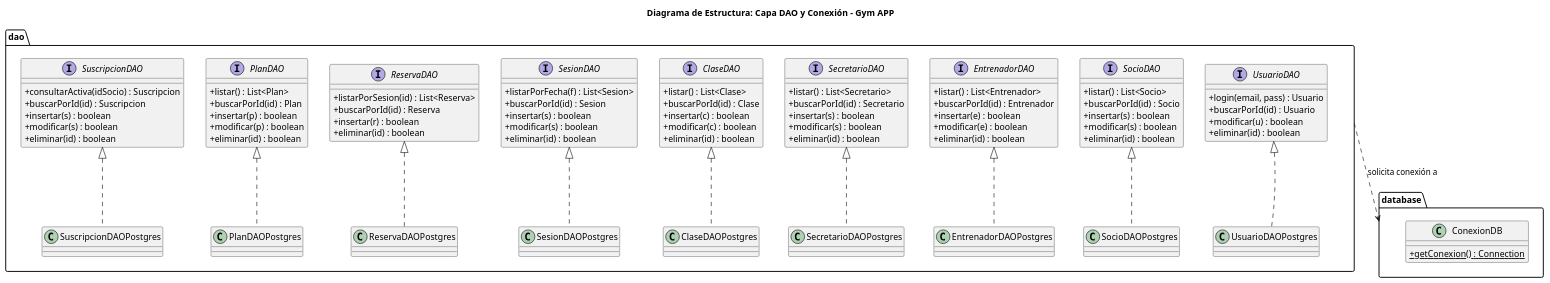
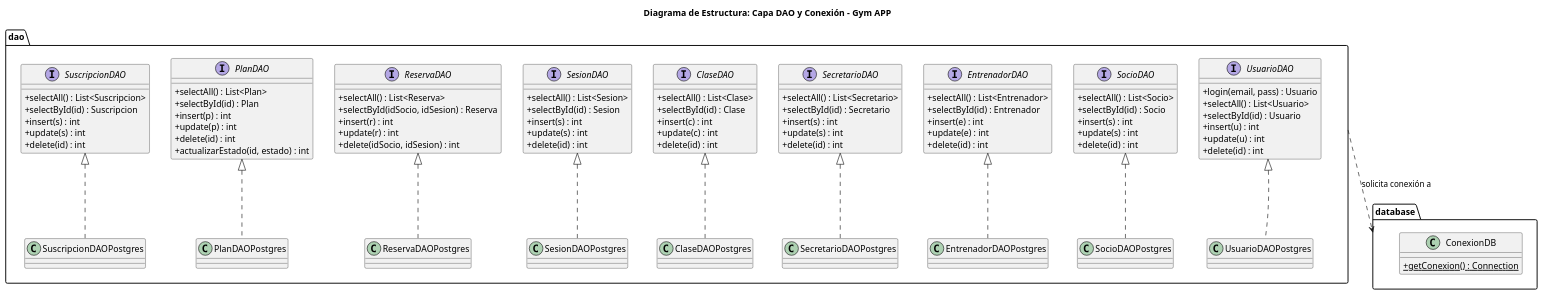
Before and after one commit to FerminGarridoMartinDAM/ProyectoInterModular1DAMAppGimnasio: the diagram in docs/diagramasUML/DiagramaClases/Diagrama_Clases_UML_DAO.puml, drawn with PlantUML. The commit also changed 5 other files, not shown here.

Commit message:
doc(UML): Diagramas de clases actualizados para Version 1.0

```diff
--- a/docs/diagramasUML/DiagramaClases/Diagrama_Clases_UML_DAO.puml
+++ b/docs/diagramasUML/DiagramaClases/Diagrama_Clases_UML_DAO.puml
@@ -1,111 +1,112 @@
 @startuml
 title Diagrama de Estructura: Capa DAO y Conexión - Gym APP
 
 skinparam classAttributeIconSize 0
-
 
 ' PAQUETE DAO (Interfaces arriba, Clases abajo)
 package "dao" {
     
     ' Bloque de Interfaces
     interface UsuarioDAO {
         + login(email, pass) : Usuario
-        + buscarPorId(id) : Usuario
-        + modificar(u) : boolean
-        + eliminar(id) : boolean
+        + selectAll() : List<Usuario>
+        + selectById(id) : Usuario
+        + insert(u) : int
+        + update(u) : int
+        + delete(id) : int
     }
     interface SocioDAO {
-        + listar() : List<Socio>
-        + buscarPorId(id) : Socio
-        + insertar(s) : boolean
-        + modificar(s) : boolean
-        + eliminar(id) : boolean
+        + selectAll() : List<Socio>
+        + selectById(id) : Socio
+        + insert(s) : int
+        + update(s) : int
+        + delete(id) : int
     }
     interface EntrenadorDAO {
-        + listar() : List<Entrenador>
-        + buscarPorId(id) : Entrenador
-        + insertar(e) : boolean
-        + modificar(e) : boolean
-        + eliminar(id) : boolean
+        + selectAll() : List<Entrenador>
+        + selectById(id) : Entrenador
+        + insert(e) : int
+        + update(e) : int
+        + delete(id) : int
     }
     interface SecretarioDAO {
-        + listar() : List<Secretario>
-        + buscarPorId(id) : Secretario
-        + insertar(s) : boolean
-        + modificar(s) : boolean
-        + eliminar(id) : boolean
+        + selectAll() : List<Secretario>
+        + selectById(id) : Secretario
+        + insert(s) : int
+        + update(s) : int
+        + delete(id) : int
     }
     interface ClaseDAO {
-        + listar() : List<Clase>
-        + buscarPorId(id) : Clase
-        + insertar(c) : boolean
-        + modificar(c) : boolean
-        + eliminar(id) : boolean
+        + selectAll() : List<Clase>
+        + selectById(id) : Clase
+        + insert(c) : int
+        + update(c) : int
+        + delete(id) : int
     }
     interface SesionDAO {
-        + listarPorFecha(f) : List<Sesion>
-        + buscarPorId(id) : Sesion
-        + insertar(s) : boolean
-        + modificar(s) : boolean
-        + eliminar(id) : boolean
+        + selectAll() : List<Sesion>
+        + selectById(id) : Sesion
+        + insert(s) : int
+        + update(s) : int
+        + delete(id) : int
     }
     interface ReservaDAO {
-        + listarPorSesion(id) : List<Reserva>
-        + buscarPorId(id) : Reserva
-        + insertar(r) : boolean
-        + eliminar(id) : boolean
+        + selectAll() : List<Reserva>
+        + selectById(idSocio, idSesion) : Reserva
+        + insert(r) : int
+        + update(r) : int
+        + delete(idSocio, idSesion) : int
     }
     interface PlanDAO {
-        + listar() : List<Plan>
-        + buscarPorId(id) : Plan
-        + insertar(p) : boolean
-        + modificar(p) : boolean
-        + eliminar(id) : boolean
+        + selectAll() : List<Plan>
+        + selectById(id) : Plan
+        + insert(p) : int
+        + update(p) : int
+        + delete(id) : int
+        + actualizarEstado(id, estado) : int
     }
     interface SuscripcionDAO {
-        + consultarActiva(idSocio) : Suscripcion
-        + buscarPorId(id) : Suscripcion
-        + insertar(s) : boolean
-        + modificar(s) : boolean
-        + eliminar(id) : boolean
+        + selectAll() : List<Suscripcion>
+        + selectById(id) : Suscripcion
+        + insert(s) : int
+        + update(s) : int
+        + delete(id) : int
     }
 
     ' Separador invisible para forzar a las interfaces arriba
     UsuarioDAO -[hidden]down-> UsuarioDAOPostgres
 
     ' Bloque de Implementaciones
     class UsuarioDAOPostgres
     class SocioDAOPostgres
     class EntrenadorDAOPostgres
     class SecretarioDAOPostgres
     class ClaseDAOPostgres
     class SesionDAOPostgres
     class ReservaDAOPostgres
     class PlanDAOPostgres
     class SuscripcionDAOPostgres
 }
 
 ' PAQUETE DATABASE 
 package "database" {
     class ConexionDB {
         + {static} getConexion() : Connection
     }
 }
-
-
-
+ 
 ' Herencia de comportamiento (Implements)
 UsuarioDAO <|.. UsuarioDAOPostgres
 SocioDAO <|.. SocioDAOPostgres
 EntrenadorDAO <|.. EntrenadorDAOPostgres
 SecretarioDAO <|.. SecretarioDAOPostgres
 ClaseDAO <|.. ClaseDAOPostgres
 SesionDAO <|.. SesionDAOPostgres
 ReservaDAO <|.. ReservaDAOPostgres
 PlanDAO <|.. PlanDAOPostgres
 SuscripcionDAO <|.. SuscripcionDAOPostgres
 
 ' Dependencia de conexión
 "dao" ..> database : "solicita conexión a"
 
 @enduml
```
